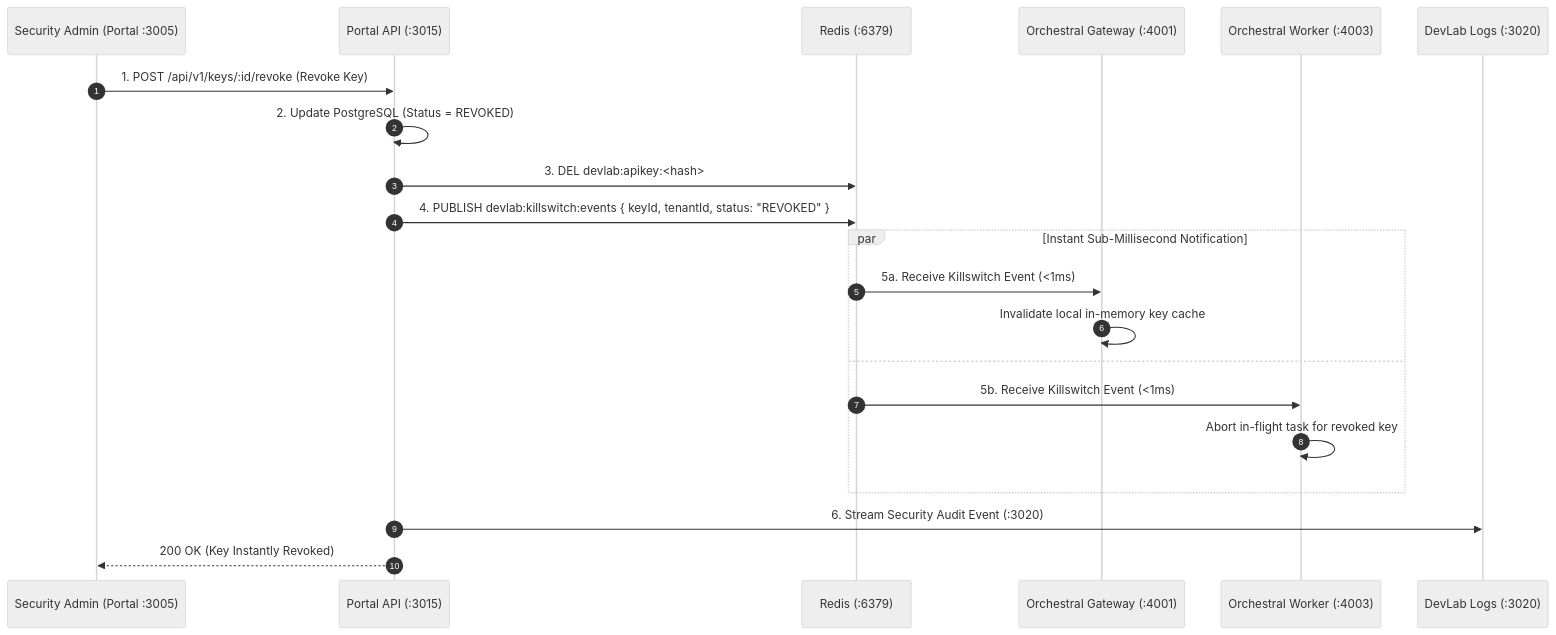
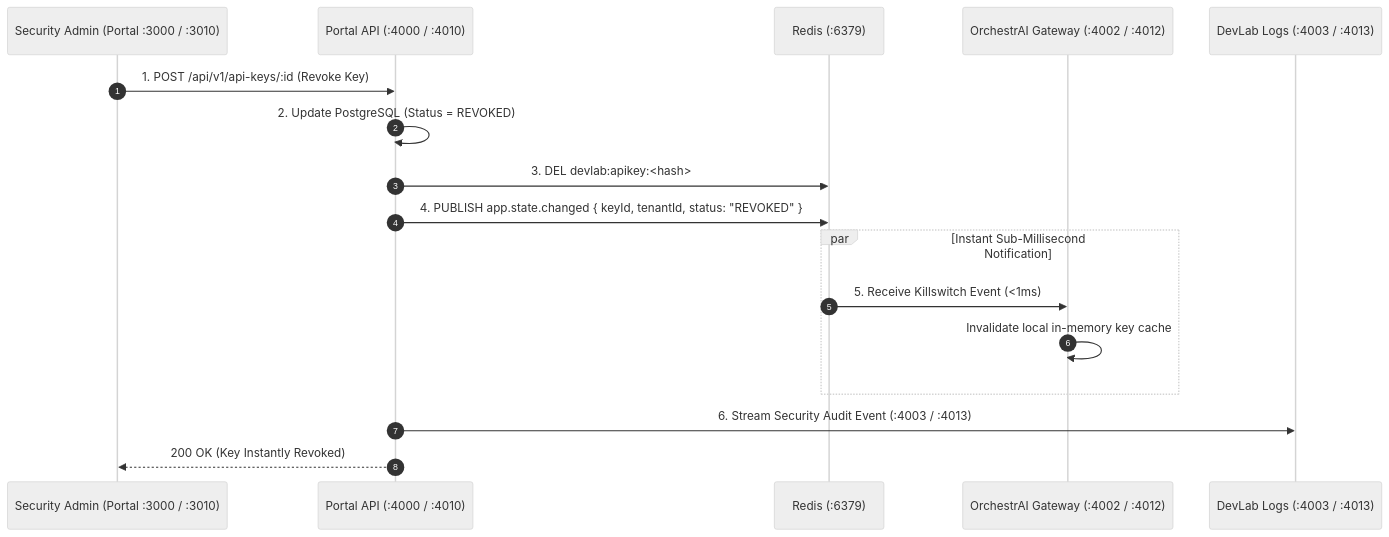
The diagram in PROJECT_INFO.md (yuvadevlab/devlab-portal), drawn with Mermaid (neutral theme) before and after one commit. The commit also changed other lines of this file and 4 other files, not shown here.

Commit message:
feat(portal): configure super admin user, remove app seeds, and refresh doc ports

````diff
--- a/PROJECT_INFO.md
+++ b/PROJECT_INFO.md
@@ -79,26 +80,22 @@
 ```mermaid
 sequenceDiagram
     autonumber
-    participant Admin as Security Admin (Portal :3005)
-    participant Portal as Portal API (:3015)
+    participant Admin as Security Admin (Portal :3000 / :3010)
+    participant Portal as Portal API (:4000 / :4010)
     participant Redis as Redis (:6379)
-    participant GW as OrchestraI Gateway (:4001)
-    participant Worker as OrchestraI Worker (:4003)
-    participant Logs as DevLab Logs (:3020)
+    participant GW as OrchestrAI Gateway (:4002 / :4012)
+    participant Logs as DevLab Logs (:4003 / :4013)
 
-    Admin->>Portal: 1. POST /api/v1/keys/:id/revoke (Revoke Key)
+    Admin->>Portal: 1. POST /api/v1/api-keys/:id (Revoke Key)
     Portal->>Portal: 2. Update PostgreSQL (Status = REVOKED)
     Portal->>Redis: 3. DEL devlab:apikey:<hash>
-    Portal->>Redis: 4. PUBLISH devlab:killswitch:events { keyId, tenantId, status: "REVOKED" }
+    Portal->>Redis: 4. PUBLISH app.state.changed { keyId, tenantId, status: "REVOKED" }
 
     par Instant Sub-Millisecond Notification
-        Redis->>GW: 5a. Receive Killswitch Event (<1ms)
+        Redis->>GW: 5. Receive Killswitch Event (<1ms)
         GW->>GW: Invalidate local in-memory key cache
-    and
-        Redis->>Worker: 5b. Receive Killswitch Event (<1ms)
-        Worker->>Worker: Abort in-flight task for revoked key
     end
 
-    Portal->>Logs: 6. Stream Security Audit Event (:3020)
+    Portal->>Logs: 6. Stream Security Audit Event (:4003 / :4013)
     Portal-->>Admin: 200 OK (Key Instantly Revoked)
 ```
````
